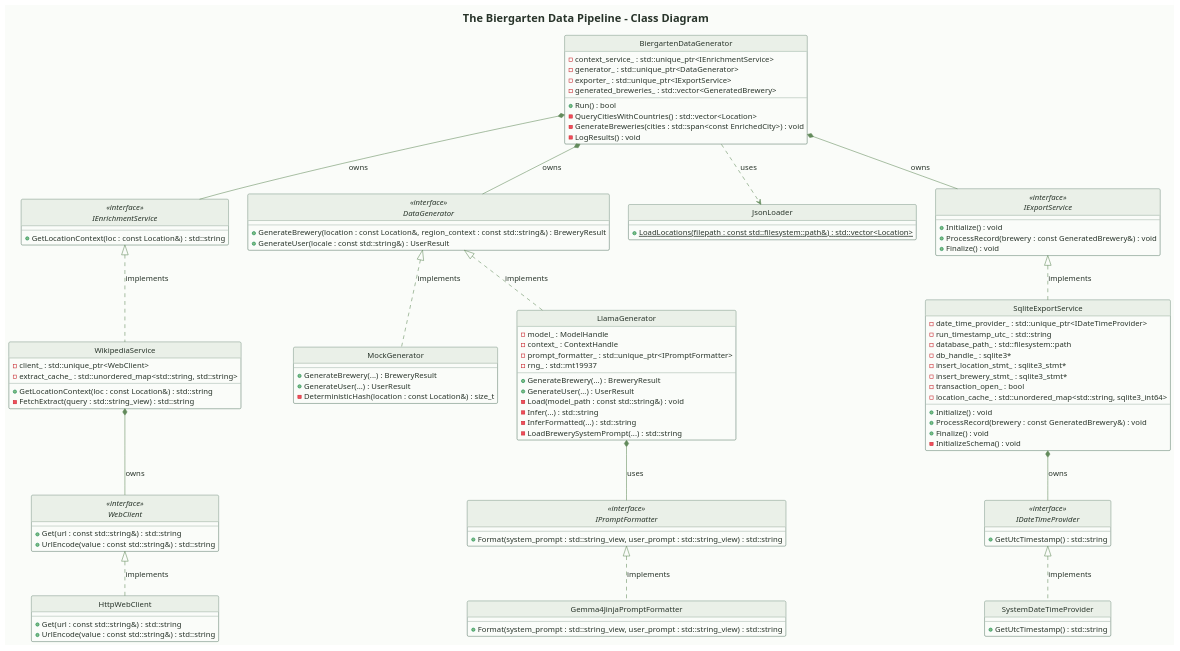
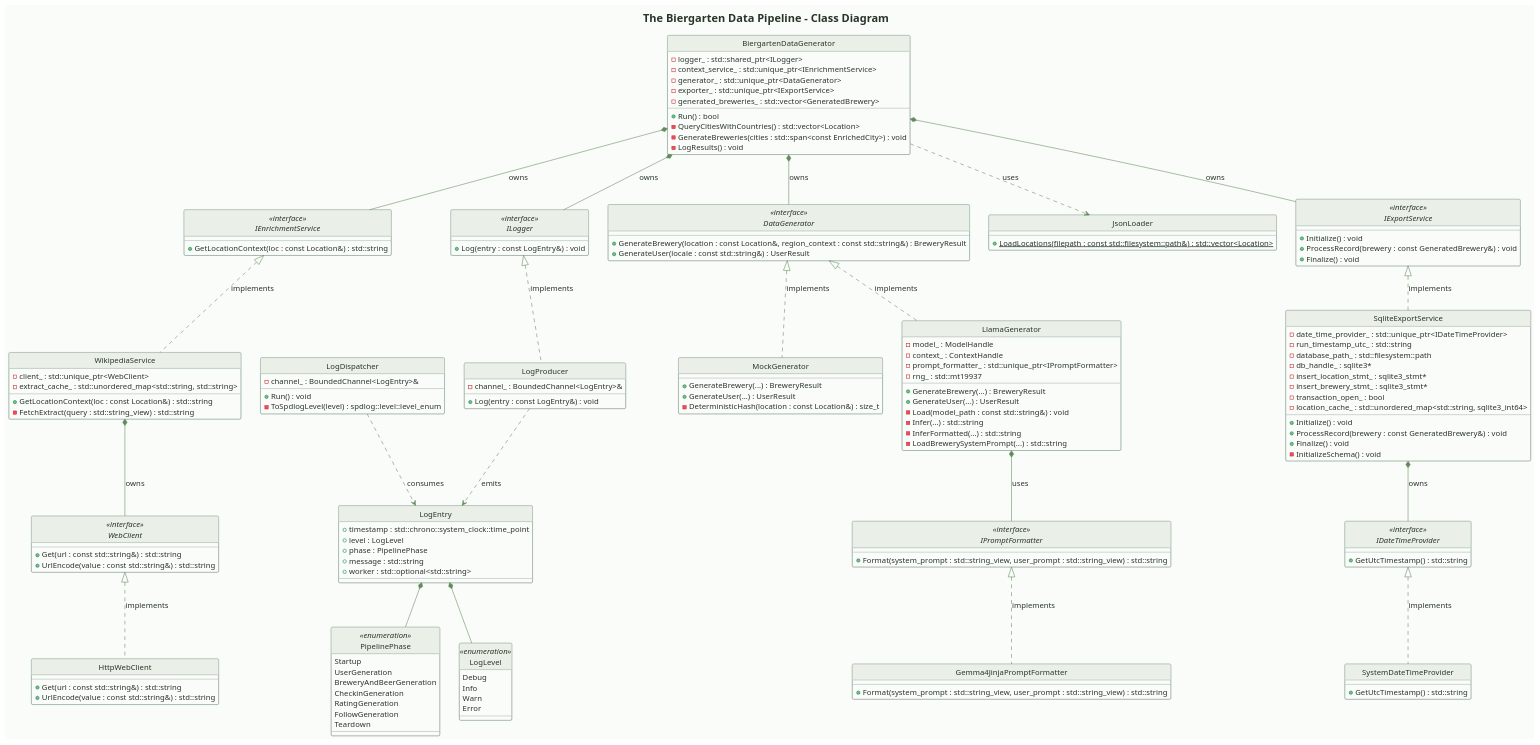
Before and after one commit to aaronpo97/the-biergarten-app: the diagram in docs/pipeline/diagrams/current/class.puml, drawn with PlantUML. The commit also changed 43 other files, not shown here.

```diff
--- a/docs/pipeline/diagrams/current/class.puml
+++ b/docs/pipeline/diagrams/current/class.puml
@@ -1,148 +1,196 @@
 @startuml
 skinparam style strictuml
 skinparam defaultFontName "DM Sans"
 skinparam defaultFontSize 14
 skinparam titleFontName "Volkhov"
 skinparam titleFontSize 20
 skinparam backgroundColor #FAFCF9
 skinparam defaultFontColor #28342A
 skinparam titleFontColor #28342A
 skinparam ArrowColor #628A5B
 
 skinparam class {
   BackgroundColor #FAFCF9
   HeaderBackgroundColor #EAF0E8
   BorderColor #547461
   ArrowColor #628A5B
   FontColor #28342A
 }
 
 skinparam note {
   BackgroundColor #EAF0E8
   BorderColor #547461
   FontColor #28342A
 }
 
 title The Biergarten Data Pipeline - Class Diagram
 
 class BiergartenDataGenerator {
+  - logger_ : std::shared_ptr<ILogger>
   - context_service_ : std::unique_ptr<IEnrichmentService>
   - generator_ : std::unique_ptr<DataGenerator>
   - exporter_ : std::unique_ptr<IExportService>
   - generated_breweries_ : std::vector<GeneratedBrewery>
   + Run() : bool
   - QueryCitiesWithCountries() : std::vector<Location>
   - GenerateBreweries(cities : std::span<const EnrichedCity>) : void
   - LogResults() : void
+}
+
+class LogLevel <<enumeration>> {
+  Debug
+  Info
+  Warn
+  Error
+}
+
+class PipelinePhase <<enumeration>> {
+  Startup
+  UserGeneration
+  BreweryAndBeerGeneration
+  CheckinGeneration
+  RatingGeneration
+  FollowGeneration
+  Teardown
+}
+
+struct LogEntry {
+  + timestamp : std::chrono::system_clock::time_point
+  + level : LogLevel
+  + phase : PipelinePhase
+  + message : std::string
+  + worker : std::optional<std::string>
+}
+
+interface ILogger <<interface>> {
+  + Log(entry : const LogEntry&) : void
+}
+
+class LogProducer {
+  - channel_ : BoundedChannel<LogEntry>&
+  + Log(entry : const LogEntry&) : void
+}
+
+class LogDispatcher {
+  - channel_ : BoundedChannel<LogEntry>&
+  + Run() : void
+  - ToSpdlogLevel(level) : spdlog::level::level_enum
 }
 
 interface IEnrichmentService <<interface>> {
   + GetLocationContext(loc : const Location&) : std::string
 }
 
 class WikipediaService {
   - client_ : std::unique_ptr<WebClient>
   - extract_cache_ : std::unordered_map<std::string, std::string>
   + GetLocationContext(loc : const Location&) : std::string
   - FetchExtract(query : std::string_view) : std::string
 }
 
 interface WebClient <<interface>> {
   + Get(url : const std::string&) : std::string
   + UrlEncode(value : const std::string&) : std::string
 }
 
 class HttpWebClient {
   + Get(url : const std::string&) : std::string
   + UrlEncode(value : const std::string&) : std::string
 }
 
 interface DataGenerator <<interface>> {
   + GenerateBrewery(location : const Location&, region_context : const std::string&) : BreweryResult
   + GenerateUser(locale : const std::string&) : UserResult
 }
 
 class MockGenerator {
   + GenerateBrewery(...) : BreweryResult
   + GenerateUser(...) : UserResult
   - DeterministicHash(location : const Location&) : size_t
 }
 
 class LlamaGenerator {
   - model_ : ModelHandle
   - context_ : ContextHandle
   - prompt_formatter_ : std::unique_ptr<IPromptFormatter>
   - rng_ : std::mt19937
   + GenerateBrewery(...) : BreweryResult
   + GenerateUser(...) : UserResult
   - Load(model_path : const std::string&) : void
   - Infer(...) : std::string
   - InferFormatted(...) : std::string
   - LoadBrewerySystemPrompt(...) : std::string
 }
 
 interface IPromptFormatter <<interface>> {
   + Format(system_prompt : std::string_view, user_prompt : std::string_view) : std::string
 }
 
 class Gemma4JinjaPromptFormatter {
   + Format(system_prompt : std::string_view, user_prompt : std::string_view) : std::string
 }
 
 class JsonLoader {
   + {static} LoadLocations(filepath : const std::filesystem::path&) : std::vector<Location>
 }
 
 interface IExportService <<interface>> {
   + Initialize() : void
   + ProcessRecord(brewery : const GeneratedBrewery&) : void
   + Finalize() : void
 }
 
 class SqliteExportService {
   - date_time_provider_ : std::unique_ptr<IDateTimeProvider>
   - run_timestamp_utc_ : std::string
   - database_path_ : std::filesystem::path
   - db_handle_ : sqlite3*
   - insert_location_stmt_ : sqlite3_stmt*
   - insert_brewery_stmt_ : sqlite3_stmt*
   - transaction_open_ : bool
   - location_cache_ : std::unordered_map<std::string, sqlite3_int64>
   + Initialize() : void
   + ProcessRecord(brewery : const GeneratedBrewery&) : void
   + Finalize() : void
   - InitializeSchema() : void
 }
 
 interface IDateTimeProvider <<interface>> {
   + GetUtcTimestamp() : std::string
 }
 
 class SystemDateTimeProvider {
   + GetUtcTimestamp() : std::string
 }
 
 ' Structural Relationships / Dependency Injection
+BiergartenDataGenerator *-- ILogger : owns
 BiergartenDataGenerator *-- IEnrichmentService : owns
 BiergartenDataGenerator *-- DataGenerator : owns
 BiergartenDataGenerator *-- IExportService : owns
+
+LogEntry *-- LogLevel
+LogEntry *-- PipelinePhase
+ILogger <|.. LogProducer : implements
+LogProducer ..> LogEntry : emits
+LogDispatcher ..> LogEntry : consumes
 
 IEnrichmentService <|.. WikipediaService : implements
 WikipediaService *-- WebClient : owns
 
 WebClient <|.. HttpWebClient : implements
 
 DataGenerator <|.. MockGenerator : implements
 DataGenerator <|.. LlamaGenerator : implements
 
 LlamaGenerator *-- IPromptFormatter : uses
 
 IPromptFormatter <|.. Gemma4JinjaPromptFormatter : implements
 
 BiergartenDataGenerator ..> JsonLoader : uses
 
 IExportService <|.. SqliteExportService : implements
 SqliteExportService *-- IDateTimeProvider : owns
 IDateTimeProvider <|.. SystemDateTimeProvider : implements
 
 @enduml
```
